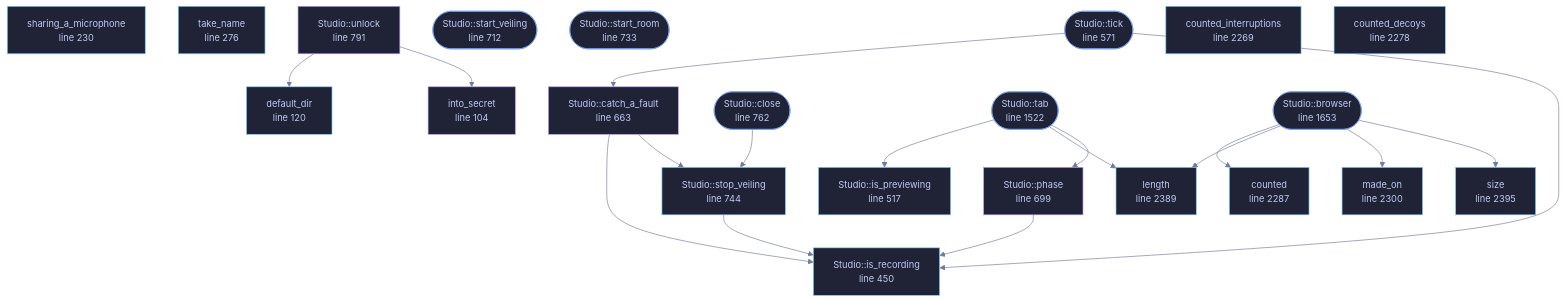
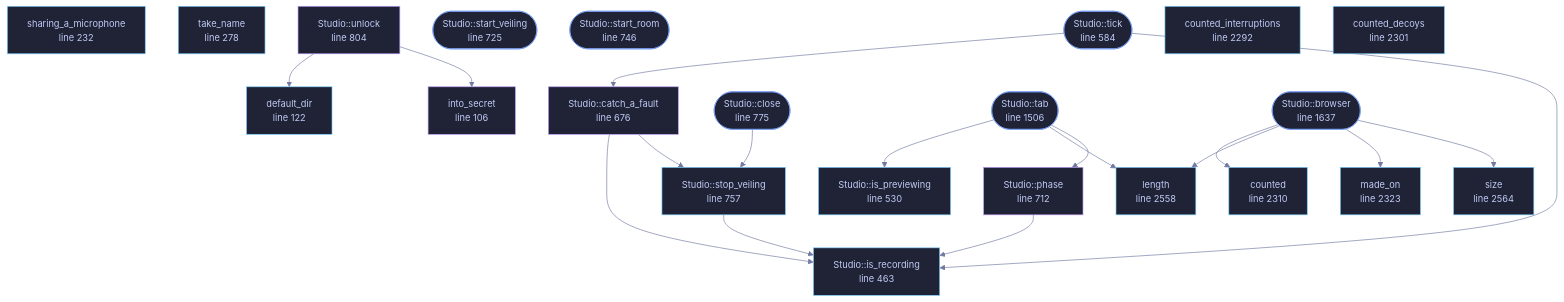
Before and after one commit to tilas01/veilvoice: the diagram in docs/files/veilvoice-gui/studio.md, drawn with Mermaid. The commit also changed other lines of this file and 23 other files, not shown here.

````diff
--- a/docs/files/veilvoice-gui/studio.md
+++ b/docs/files/veilvoice-gui/studio.md
@@ -188,70 +190,70 @@
 ```mermaid
 %%{init: {"theme":"base","themeVariables":{"background":"#1a1b26","primaryColor":"#1f2335","primaryTextColor":"#c0caf5","primaryBorderColor":"#7aa2f7","secondaryColor":"#16161e","tertiaryColor":"#16161e","lineColor":"#737aa2","textColor":"#c0caf5","mainBkg":"#1f2335","nodeBorder":"#7aa2f7","clusterBkg":"#16161e","clusterBorder":"#2f3549","fontFamily":"ui-monospace, SFMono-Regular, Consolas, monospace","fontSize":"14px"}}}%%
 flowchart TD
-    n_into_secret["into_secret<br/>line 104"]
-    n_default_dir["default_dir<br/>line 120"]
-    n_sharing_a_microphone["sharing_a_microphone<br/>line 230"]
-    n_take_name["take_name<br/>line 276"]
-    n_is_recording["Studio::is_recording<br/>line 450"]
-    n_is_previewing["Studio::is_previewing<br/>line 517"]
-    n_tick(["Studio::tick<br/>line 571"])
-    n_catch_a_fault["Studio::catch_a_fault<br/>line 663"]
-    n_phase["Studio::phase<br/>line 699"]
-    n_start_veiling(["Studio::start_veiling<br/>line 712"])
-    n_start_room(["Studio::start_room<br/>line 733"])
-    n_stop_veiling["Studio::stop_veiling<br/>line 744"]
-    n_close(["Studio::close<br/>line 762"])
-    n_unlock["Studio::unlock<br/>line 791"]
-    n_tab(["Studio::tab<br/>line 1522"])
-    n_browser(["Studio::browser<br/>line 1653"])
-    n_counted_interruptions["counted_interruptions<br/>line 2269"]
-    n_counted_decoys["counted_decoys<br/>line 2278"]
-    n_counted["counted<br/>line 2287"]
-    n_made_on["made_on<br/>line 2300"]
-    n_length["length<br/>line 2389"]
-    n_size["size<br/>line 2395"]
+    n_into_secret["into_secret<br/>line 106"]
+    n_default_dir["default_dir<br/>line 122"]
+    n_sharing_a_microphone["sharing_a_microphone<br/>line 232"]
+    n_take_name["take_name<br/>line 278"]
+    n_is_recording["Studio::is_recording<br/>line 463"]
+    n_is_previewing["Studio::is_previewing<br/>line 530"]
+    n_tick(["Studio::tick<br/>line 584"])
+    n_catch_a_fault["Studio::catch_a_fault<br/>line 676"]
+    n_phase["Studio::phase<br/>line 712"]
+    n_start_veiling(["Studio::start_veiling<br/>line 725"])
+    n_start_room(["Studio::start_room<br/>line 746"])
+    n_stop_veiling["Studio::stop_veiling<br/>line 757"]
+    n_close(["Studio::close<br/>line 775"])
+    n_unlock["Studio::unlock<br/>line 804"]
+    n_tab(["Studio::tab<br/>line 1506"])
+    n_browser(["Studio::browser<br/>line 1637"])
+    n_counted_interruptions["counted_interruptions<br/>line 2292"]
+    n_counted_decoys["counted_decoys<br/>line 2301"]
+    n_counted["counted<br/>line 2310"]
+    n_made_on["made_on<br/>line 2323"]
+    n_length["length<br/>line 2558"]
+    n_size["size<br/>line 2564"]
     n_browser --> n_counted
     n_browser --> n_length
     n_browser --> n_made_on
     n_browser --> n_size
     n_catch_a_fault --> n_is_recording
     n_catch_a_fault --> n_stop_veiling
     n_close --> n_stop_veiling
     n_phase --> n_is_recording
     n_stop_veiling --> n_is_recording
     n_tab --> n_is_previewing
     n_tab --> n_length
     n_tab --> n_phase
     n_tick --> n_catch_a_fault
     n_tick --> n_is_recording
     n_unlock --> n_default_dir
     n_unlock --> n_into_secret
-    click n_into_secret href "https://github.com/tilas01/veilvoice/blob/main/crates/veilvoice-gui/src/studio.rs#L104" "open the source"
-    click n_default_dir href "https://github.com/tilas01/veilvoice/blob/main/crates/veilvoice-gui/src/studio.rs#L120" "open the source"
-    click n_sharing_a_microphone href "https://github.com/tilas01/veilvoice/blob/main/crates/veilvoice-gui/src/studio.rs#L230" "open the source"
-    click n_take_name href "https://github.com/tilas01/veilvoice/blob/main/crates/veilvoice-gui/src/studio.rs#L276" "open the source"
-    click n_is_recording href "https://github.com/tilas01/veilvoice/blob/main/crates/veilvoice-gui/src/studio.rs#L450" "open the source"
-    click n_is_previewing href "https://github.com/tilas01/veilvoice/blob/main/crates/veilvoice-gui/src/studio.rs#L517" "open the source"
-    click n_tick href "https://github.com/tilas01/veilvoice/blob/main/crates/veilvoice-gui/src/studio.rs#L571" "open the source"
-    click n_catch_a_fault href "https://github.com/tilas01/veilvoice/blob/main/crates/veilvoice-gui/src/studio.rs#L663" "open the source"
-    click n_phase href "https://github.com/tilas01/veilvoice/blob/main/crates/veilvoice-gui/src/studio.rs#L699" "open the source"
-    click n_start_veiling href "https://github.com/tilas01/veilvoice/blob/main/crates/veilvoice-gui/src/studio.rs#L712" "open the source"
-    click n_start_room href "https://github.com/tilas01/veilvoice/blob/main/crates/veilvoice-gui/src/studio.rs#L733" "open the source"
-    click n_stop_veiling href "https://github.com/tilas01/veilvoice/blob/main/crates/veilvoice-gui/src/studio.rs#L744" "open the source"
-    click n_close href "https://github.com/tilas01/veilvoice/blob/main/crates/veilvoice-gui/src/studio.rs#L762" "open the source"
-    click n_unlock href "https://github.com/tilas01/veilvoice/blob/main/crates/veilvoice-gui/src/studio.rs#L791" "open the source"
-    click n_tab href "https://github.com/tilas01/veilvoice/blob/main/crates/veilvoice-gui/src/studio.rs#L1522" "open the source"
-    click n_browser href "https://github.com/tilas01/veilvoice/blob/main/crates/veilvoice-gui/src/studio.rs#L1653" "open the source"
-    click n_counted_interruptions href "https://github.com/tilas01/veilvoice/blob/main/crates/veilvoice-gui/src/studio.rs#L2269" "open the source"
-    click n_counted_decoys href "https://github.com/tilas01/veilvoice/blob/main/crates/veilvoice-gui/src/studio.rs#L2278" "open the source"
-    click n_counted href "https://github.com/tilas01/veilvoice/blob/main/crates/veilvoice-gui/src/studio.rs#L2287" "open the source"
-    click n_made_on href "https://github.com/tilas01/veilvoice/blob/main/crates/veilvoice-gui/src/studio.rs#L2300" "open the source"
-    click n_length href "https://github.com/tilas01/veilvoice/blob/main/crates/veilvoice-gui/src/studio.rs#L2389" "open the source"
-    click n_size href "https://github.com/tilas01/veilvoice/blob/main/crates/veilvoice-gui/src/studio.rs#L2395" "open the source"
+    click n_into_secret href "https://github.com/tilas01/veilvoice/blob/main/crates/veilvoice-gui/src/studio.rs#L106" "open the source"
+    click n_default_dir href "https://github.com/tilas01/veilvoice/blob/main/crates/veilvoice-gui/src/studio.rs#L122" "open the source"
+    click n_sharing_a_microphone href "https://github.com/tilas01/veilvoice/blob/main/crates/veilvoice-gui/src/studio.rs#L232" "open the source"
+    click n_take_name href "https://github.com/tilas01/veilvoice/blob/main/crates/veilvoice-gui/src/studio.rs#L278" "open the source"
+    click n_is_recording href "https://github.com/tilas01/veilvoice/blob/main/crates/veilvoice-gui/src/studio.rs#L463" "open the source"
+    click n_is_previewing href "https://github.com/tilas01/veilvoice/blob/main/crates/veilvoice-gui/src/studio.rs#L530" "open the source"
+    click n_tick href "https://github.com/tilas01/veilvoice/blob/main/crates/veilvoice-gui/src/studio.rs#L584" "open the source"
+    click n_catch_a_fault href "https://github.com/tilas01/veilvoice/blob/main/crates/veilvoice-gui/src/studio.rs#L676" "open the source"
+    click n_phase href "https://github.com/tilas01/veilvoice/blob/main/crates/veilvoice-gui/src/studio.rs#L712" "open the source"
+    click n_start_veiling href "https://github.com/tilas01/veilvoice/blob/main/crates/veilvoice-gui/src/studio.rs#L725" "open the source"
+    click n_start_room href "https://github.com/tilas01/veilvoice/blob/main/crates/veilvoice-gui/src/studio.rs#L746" "open the source"
+    click n_stop_veiling href "https://github.com/tilas01/veilvoice/blob/main/crates/veilvoice-gui/src/studio.rs#L757" "open the source"
+    click n_close href "https://github.com/tilas01/veilvoice/blob/main/crates/veilvoice-gui/src/studio.rs#L775" "open the source"
+    click n_unlock href "https://github.com/tilas01/veilvoice/blob/main/crates/veilvoice-gui/src/studio.rs#L804" "open the source"
+    click n_tab href "https://github.com/tilas01/veilvoice/blob/main/crates/veilvoice-gui/src/studio.rs#L1506" "open the source"
+    click n_browser href "https://github.com/tilas01/veilvoice/blob/main/crates/veilvoice-gui/src/studio.rs#L1637" "open the source"
+    click n_counted_interruptions href "https://github.com/tilas01/veilvoice/blob/main/crates/veilvoice-gui/src/studio.rs#L2292" "open the source"
+    click n_counted_decoys href "https://github.com/tilas01/veilvoice/blob/main/crates/veilvoice-gui/src/studio.rs#L2301" "open the source"
+    click n_counted href "https://github.com/tilas01/veilvoice/blob/main/crates/veilvoice-gui/src/studio.rs#L2310" "open the source"
+    click n_made_on href "https://github.com/tilas01/veilvoice/blob/main/crates/veilvoice-gui/src/studio.rs#L2323" "open the source"
+    click n_length href "https://github.com/tilas01/veilvoice/blob/main/crates/veilvoice-gui/src/studio.rs#L2558" "open the source"
+    click n_size href "https://github.com/tilas01/veilvoice/blob/main/crates/veilvoice-gui/src/studio.rs#L2564" "open the source"
     classDef entry fill:#1f2335,stroke:#7aa2f7,color:#c0caf5
     class n_tick,n_start_veiling,n_start_room,n_close,n_tab,n_browser entry
     classDef api fill:#1f2335,stroke:#7dcfff,color:#c0caf5
     class n_default_dir,n_sharing_a_microphone,n_take_name,n_is_recording,n_is_previewing,n_stop_veiling,n_counted_interruptions,n_counted_decoys,n_counted,n_made_on,n_length,n_size api
     classDef helper fill:#1f2335,stroke:#bb9af7,color:#c0caf5
     class n_into_secret,n_catch_a_fault,n_phase,n_unlock helper
 ```
````
